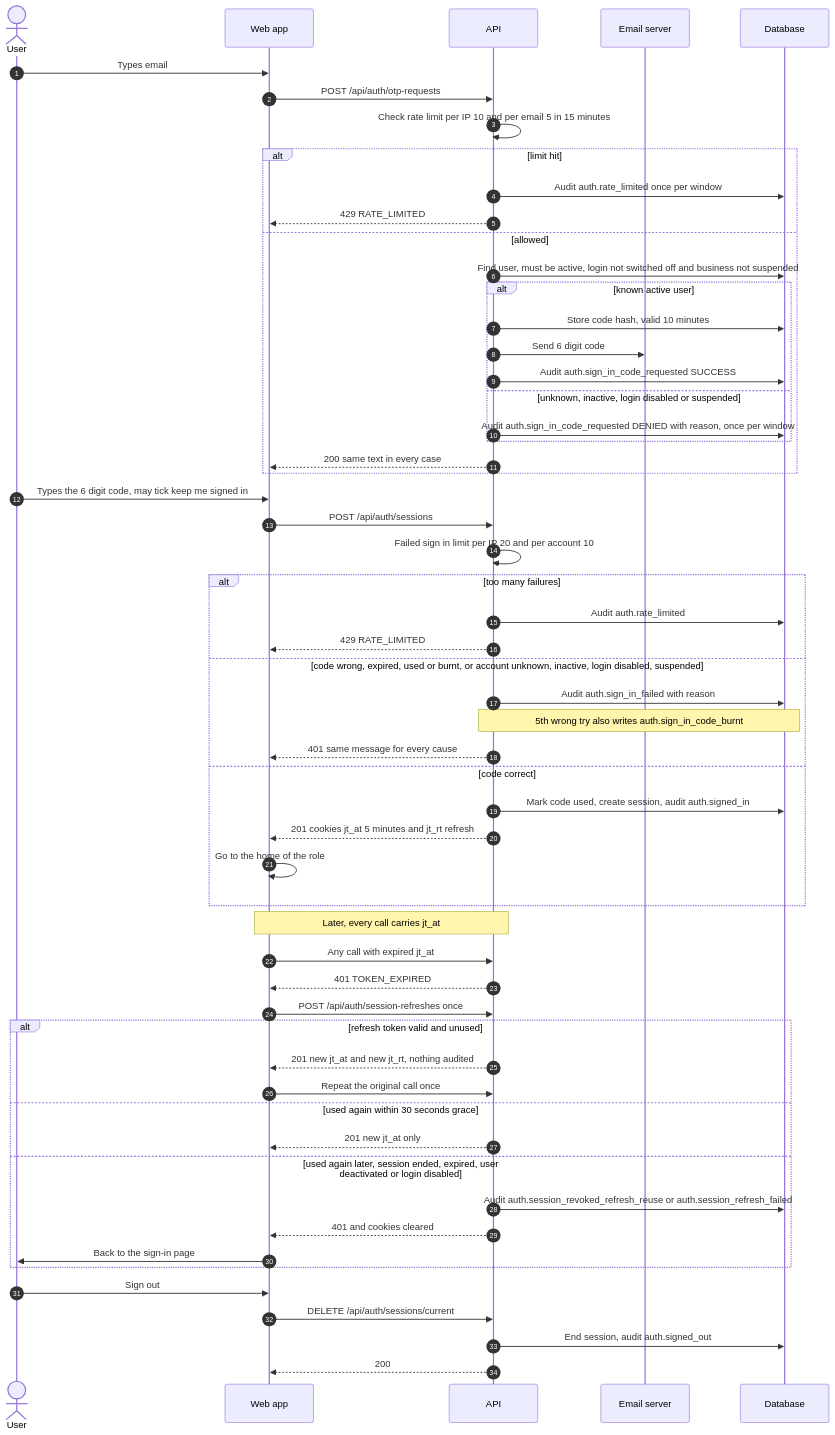
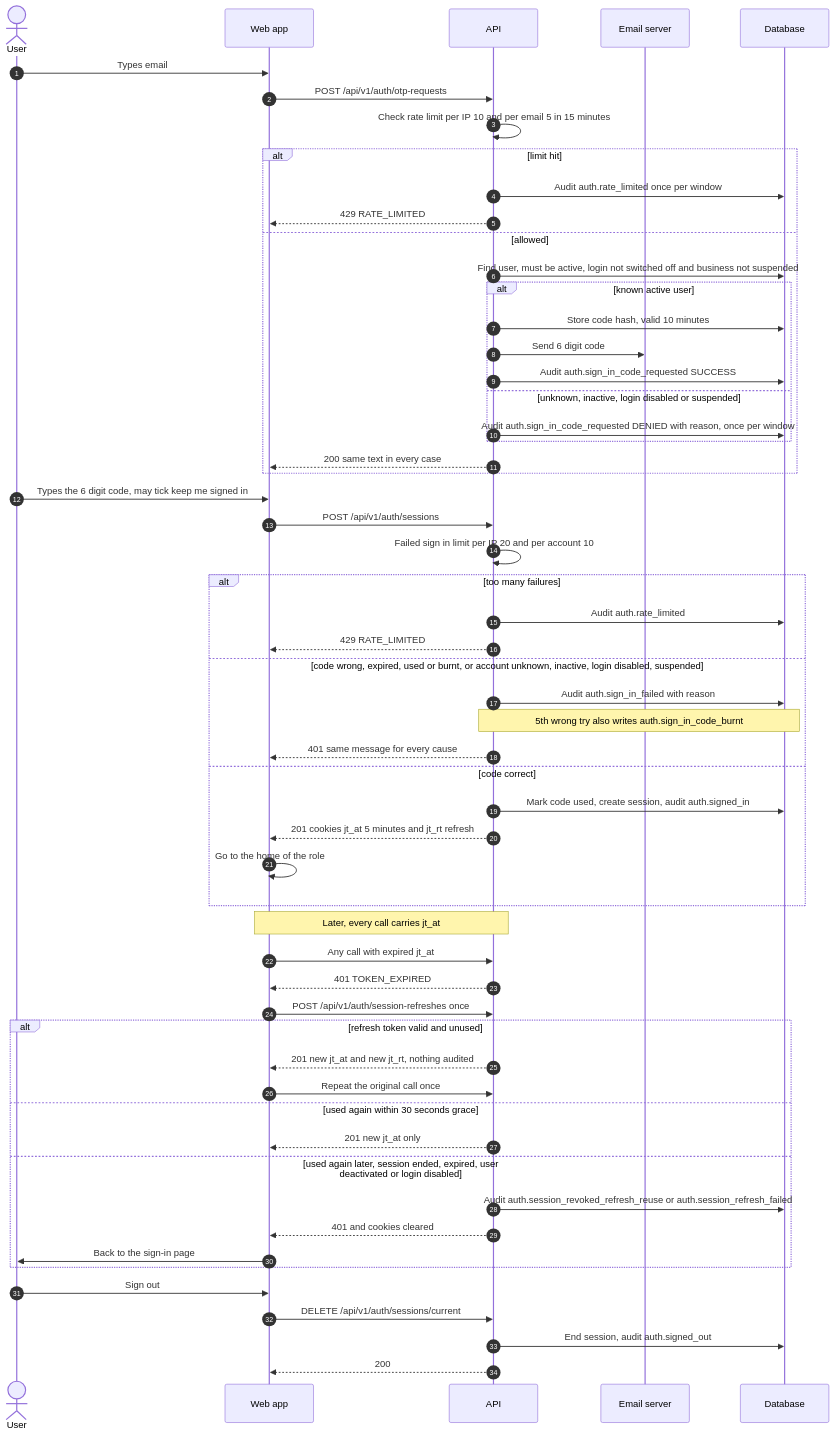
Before and after one commit to amitjurislpo/juris-track: the second of 21 diagrams in references/FLOW-JurisTrack.md, drawn with Mermaid. The commit also changed other lines of this file and 100 other files, not shown here.

````diff
--- a/references/FLOW-JurisTrack.md
+++ b/references/FLOW-JurisTrack.md
@@ -66,60 +66,60 @@
 ```mermaid
 sequenceDiagram
     autonumber
     actor U as User
     participant W as Web app
     participant A as API
     participant M as Email server
     participant D as Database
 
     U->>W: Types email
-    W->>A: POST /api/auth/otp-requests
+    W->>A: POST /api/v1/auth/otp-requests
     A->>A: Check rate limit per IP 10 and per email 5 in 15 minutes
     alt limit hit
         A->>D: Audit auth.rate_limited once per window
         A-->>W: 429 RATE_LIMITED
     else allowed
         A->>D: Find user, must be active, login not switched off and business not suspended
         alt known active user
             A->>D: Store code hash, valid 10 minutes
             A->>M: Send 6 digit code
             A->>D: Audit auth.sign_in_code_requested SUCCESS
         else unknown, inactive, login disabled or suspended
             A->>D: Audit auth.sign_in_code_requested DENIED with reason, once per window
         end
         A-->>W: 200 same text in every case
     end
     U->>W: Types the 6 digit code, may tick keep me signed in
-    W->>A: POST /api/auth/sessions
+    W->>A: POST /api/v1/auth/sessions
     A->>A: Failed sign in limit per IP 20 and per account 10
     alt too many failures
         A->>D: Audit auth.rate_limited
         A-->>W: 429 RATE_LIMITED
     else code wrong, expired, used or burnt, or account unknown, inactive, login disabled, suspended
         A->>D: Audit auth.sign_in_failed with reason
         Note over A,D: 5th wrong try also writes auth.sign_in_code_burnt
         A-->>W: 401 same message for every cause
     else code correct
         A->>D: Mark code used, create session, audit auth.signed_in
         A-->>W: 201 cookies jt_at 5 minutes and jt_rt refresh
         W->>W: Go to the home of the role
     end
     Note over W,A: Later, every call carries jt_at
     W->>A: Any call with expired jt_at
     A-->>W: 401 TOKEN_EXPIRED
-    W->>A: POST /api/auth/session-refreshes once
+    W->>A: POST /api/v1/auth/session-refreshes once
     alt refresh token valid and unused
         A-->>W: 201 new jt_at and new jt_rt, nothing audited
         W->>A: Repeat the original call once
     else used again within 30 seconds grace
         A-->>W: 201 new jt_at only
     else used again later, session ended, expired, user deactivated or login disabled
         A->>D: Audit auth.session_revoked_refresh_reuse or auth.session_refresh_failed
         A-->>W: 401 and cookies cleared
         W->>U: Back to the sign-in page
     end
     U->>W: Sign out
-    W->>A: DELETE /api/auth/sessions/current
+    W->>A: DELETE /api/v1/auth/sessions/current
     A->>D: End session, audit auth.signed_out
     A-->>W: 200
 ```
````
